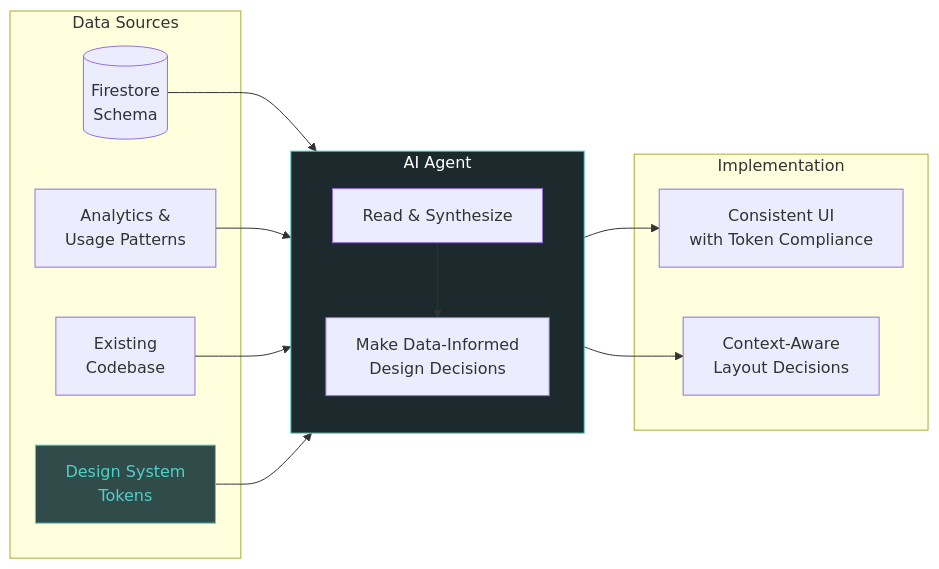
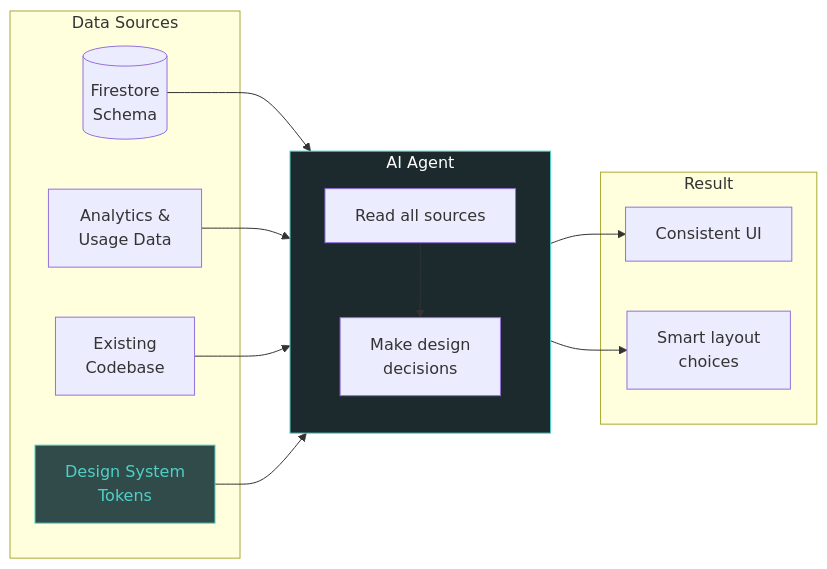
The third of 3 diagrams in README.md (YutoNakano/torico-design-system), drawn with Mermaid before and after one commit. The commit also changed other lines of this file, not shown here.

````diff
--- a/README.md
+++ b/README.md
@@ -53,29 +55,29 @@
 ```mermaid
 flowchart LR
     subgraph Inputs["Data Sources"]
         FS[(Firestore<br/>Schema)]
-        AN[Analytics &<br/>Usage Patterns]
+        AN[Analytics &<br/>Usage Data]
         CB[Existing<br/>Codebase]
         DS[Design System<br/>Tokens]
     end
 
     subgraph Agent["AI Agent"]
         direction TB
-        R[Read & Synthesize] --> D[Make Data-Informed<br/>Design Decisions]
+        R[Read all sources] --> D[Make design<br/>decisions]
     end
 
-    subgraph Output["Implementation"]
-        UI[Consistent UI<br/>with Token Compliance]
-        CX[Context-Aware<br/>Layout Decisions]
+    subgraph Output["Result"]
+        UI[Consistent UI]
+        CX[Smart layout<br/>choices]
     end
 
     FS --> Agent
     AN --> Agent
     CB --> Agent
     DS --> Agent
     Agent --> UI
     Agent --> CX
 
     style DS fill:#314A4A,color:#4FD1C5,stroke:#4FD1C5
     style Agent fill:#1C2A2E,color:#FFFFFF,stroke:#4FD1C5
 ```
````
